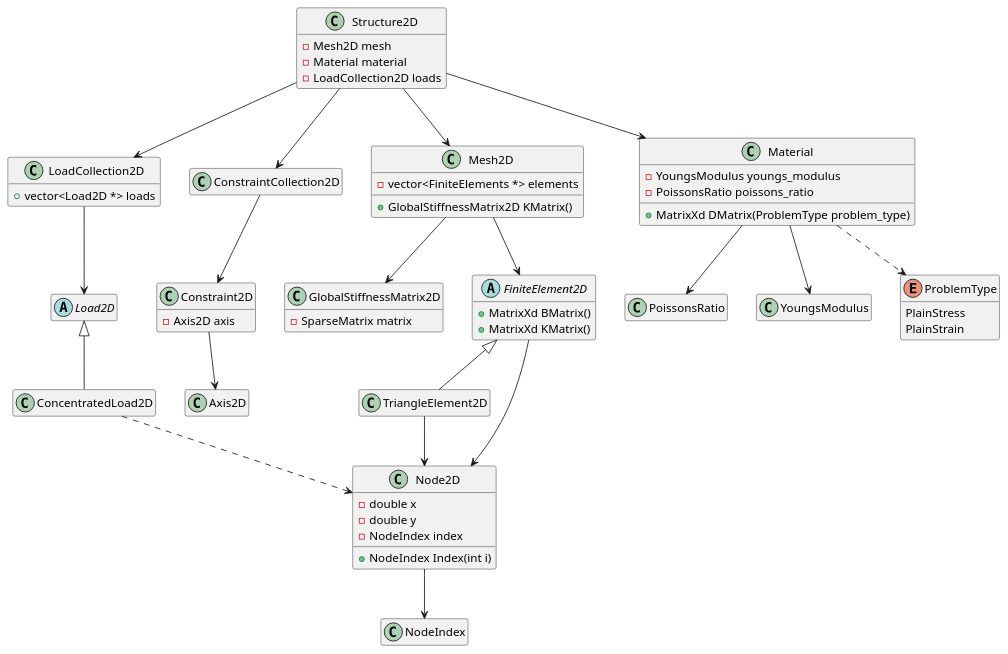
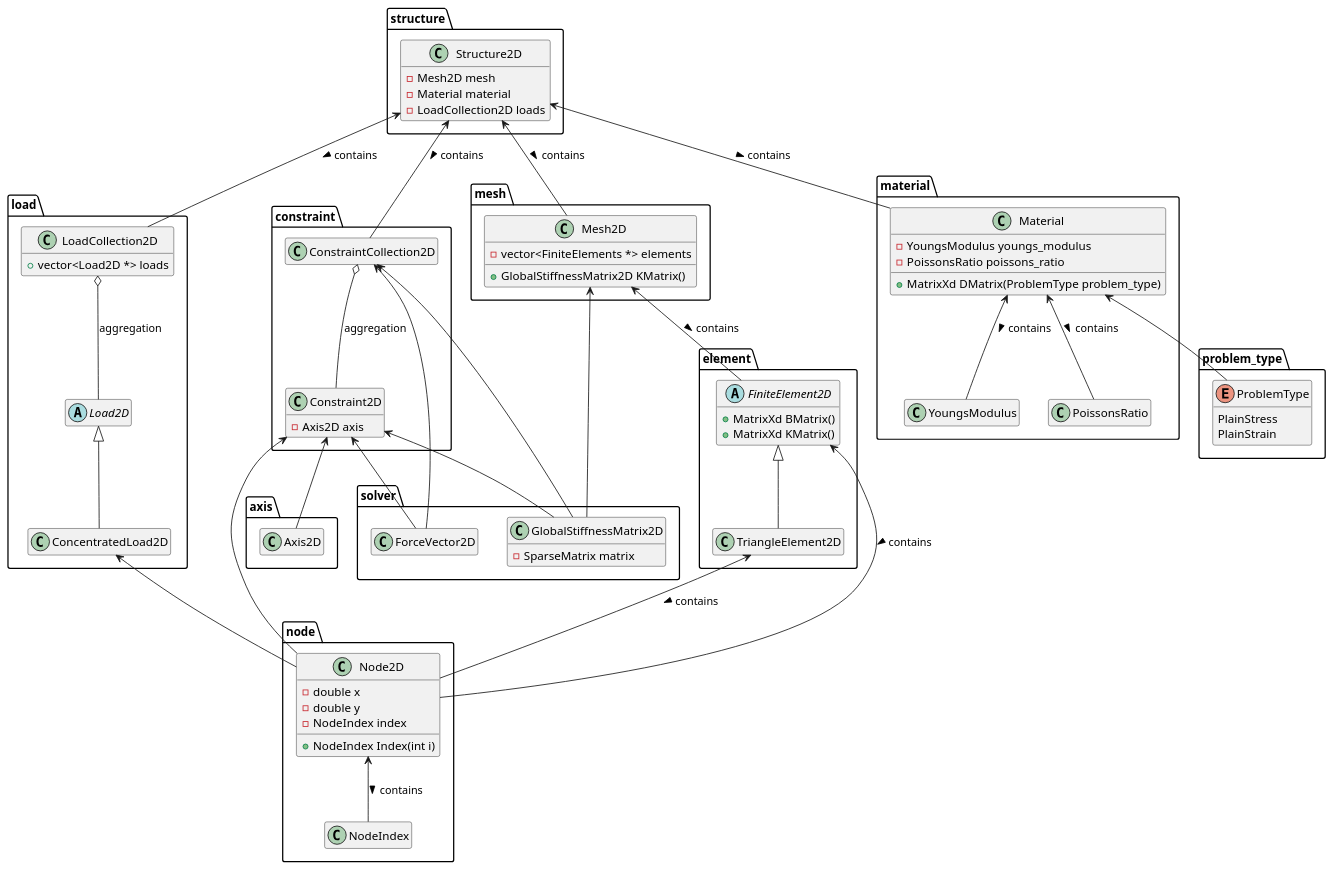
The diagram in class_diagram.puml (KotaTsuboi/fem), drawn with PlantUML before and after one commit. The commit also changed 39 other files, not shown here.

```diff
--- a/class_diagram.puml
+++ b/class_diagram.puml
@@ -1,70 +1,106 @@
 @startuml
 
 hide empty members
 
-class Structure2D {
-    - Mesh2D mesh
-    - Material material
-    - LoadCollection2D loads 
-}
-class Axis2D
-abstract class Load2D
-class LoadCollection2D {
-    + vector<Load2D *> loads
-}
-class ConcentratedLoad2D extends Load2D
-class ConstraintCollection2D {
-
-}
-class Constraint2D {
-    - Axis2D axis
-}
-class GlobalStiffnessMatrix2D {
-    - SparseMatrix matrix
-}
-class Mesh2D {
-    - vector<FiniteElements *> elements
-    + GlobalStiffnessMatrix2D KMatrix()
-}
-abstract class FiniteElement2D {
-    + MatrixXd BMatrix()
-    + MatrixXd KMatrix()
-}
-class TriangleElement2D extends FiniteElement2D
-class Material {
-    - YoungsModulus youngs_modulus
-    - PoissonsRatio poissons_ratio
-    + MatrixXd DMatrix(ProblemType problem_type)
-}
-class PoissonsRatio
-class YoungsModulus
-class Node2D {
-    - double x
-    - double y
-    - NodeIndex index
-    + NodeIndex Index(int i)
-}
-class NodeIndex
-enum ProblemType {
-    PlainStress
-    PlainStrain
+package structure {
+    class Structure2D {
+        - Mesh2D mesh
+        - Material material
+        - LoadCollection2D loads 
+    }
 }
 
-ConstraintCollection2D --> Constraint2D
-Constraint2D --> Axis2D
-Structure2D --> Mesh2D
-Structure2D --> Material
-Structure2D --> ConstraintCollection2D
-LoadCollection2D --> Load2D
-Structure2D --> LoadCollection2D
-Mesh2D --> GlobalStiffnessMatrix2D
-Mesh2D --> FiniteElement2D
-Node2D --> NodeIndex
-FiniteElement2D --> Node2D
-TriangleElement2D --> Node2D
-Material --> PoissonsRatio
-Material --> YoungsModulus
-Material ..> ProblemType
-ConcentratedLoad2D ..> Node2D
+package axis {
+    class Axis2D
+}
+
+package load {
+    abstract class Load2D
+    class LoadCollection2D {
+        + vector<Load2D *> loads
+    }
+    class ConcentratedLoad2D extends Load2D
+}
+
+package constraint {
+    class ConstraintCollection2D {
+    }
+    class Constraint2D {
+        - Axis2D axis
+    }
+}
+
+package solver {
+    class GlobalStiffnessMatrix2D {
+        - SparseMatrix matrix
+    }
+    class ForceVector2D {
+
+    }
+}
+
+package mesh {
+    class Mesh2D {
+        - vector<FiniteElements *> elements
+        + GlobalStiffnessMatrix2D KMatrix()
+    }
+}
+
+package element {
+    abstract class FiniteElement2D {
+        + MatrixXd BMatrix()
+        + MatrixXd KMatrix()
+    }
+    class TriangleElement2D extends FiniteElement2D
+}
+
+package material {
+    class Material {
+        - YoungsModulus youngs_modulus
+        - PoissonsRatio poissons_ratio
+        + MatrixXd DMatrix(ProblemType problem_type)
+    }
+    class PoissonsRatio
+    class YoungsModulus
+}
+
+package node {
+    class Node2D {
+        - double x
+        - double y
+        - NodeIndex index
+        + NodeIndex Index(int i)
+    }
+    class NodeIndex
+}
+
+package problem_type {
+    enum ProblemType {
+        PlainStress
+        PlainStrain
+    }
+}
+
+ConstraintCollection2D o-- Constraint2D : aggregation
+ConstraintCollection2D <-- ForceVector2D
+ConstraintCollection2D <-- GlobalStiffnessMatrix2D 
+Constraint2D <-- Axis2D
+Constraint2D <-- ForceVector2D
+Constraint2D <-- GlobalStiffnessMatrix2D
+Constraint2D <-- Node2D
+Structure2D <-- Mesh2D : contains >
+Structure2D <-- Material : contains >
+Structure2D <-- ConstraintCollection2D : contains >
+LoadCollection2D o-- Load2D : aggregation
+Structure2D <-- LoadCollection2D : contains >
+Mesh2D <-- GlobalStiffnessMatrix2D
+Mesh2D <-- FiniteElement2D : contains >
+Node2D <-- NodeIndex : contains >
+FiniteElement2D <-- Node2D : contains >
+TriangleElement2D <-- Node2D : contains >
+Material <-- PoissonsRatio : contains >
+Material <-- YoungsModulus : contains >
+Material <-- ProblemType
+ConcentratedLoad2D <-- Node2D
 
 @enduml
```
